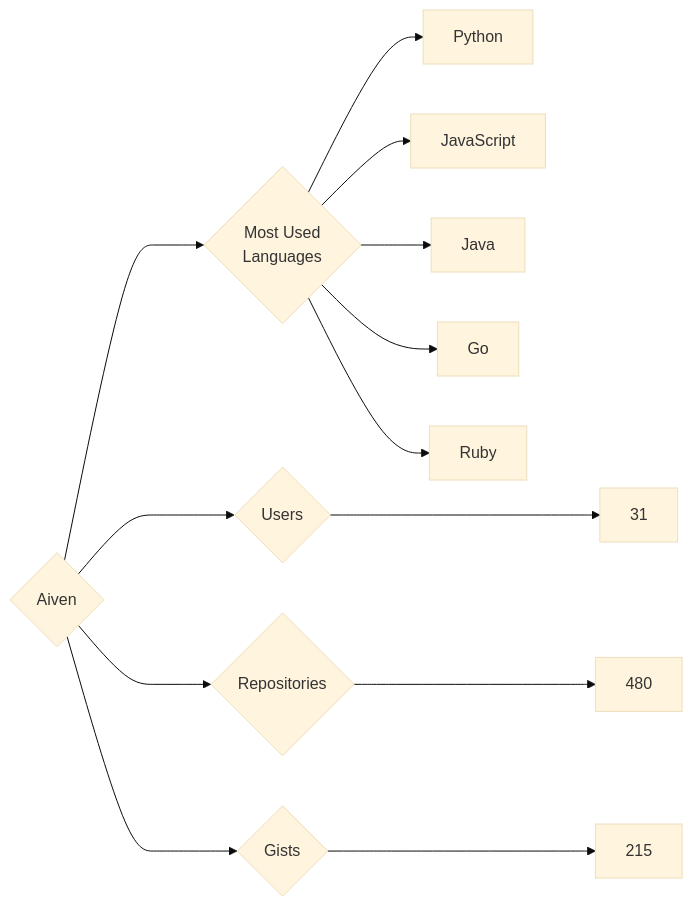
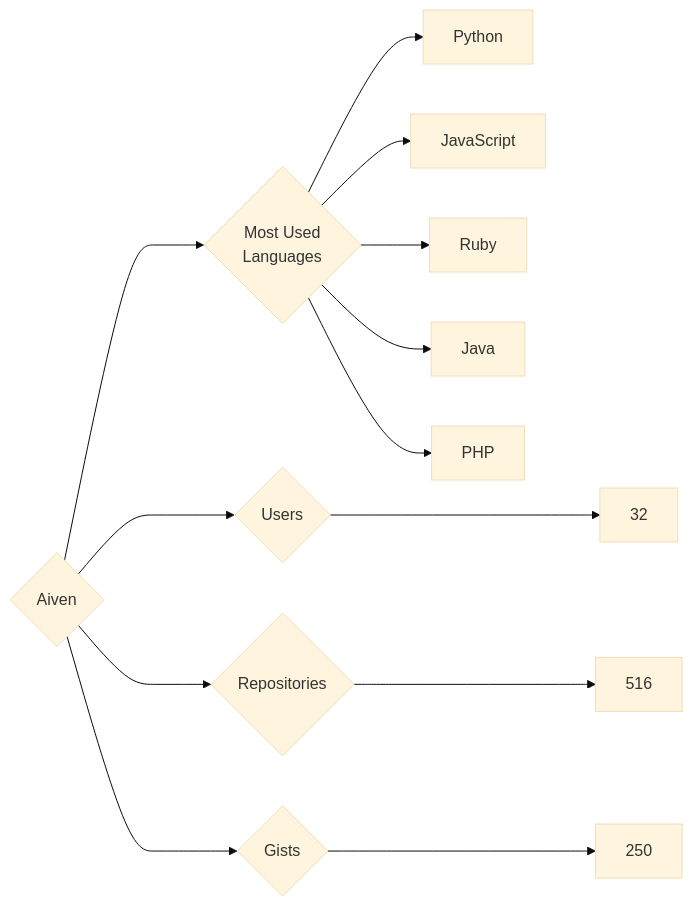
Before and after one commit to trickest/insiders: the diagram in targets/Aiven/README.md, drawn with Mermaid (base theme). The commit also changed 699 other files, not shown here.

````diff
--- a/targets/Aiven/README.md
+++ b/targets/Aiven/README.md
@@ -3,13 +3,13 @@
 ```mermaid
 graph LR
 COMPANY_NAME{Aiven}
-COMPANY_NAME ---> U{Users} ---> UN[31]
-COMPANY_NAME ---> R{Repositories} ---> RN[480]
-COMPANY_NAME ---> G{Gists} ---> GN[215]
+COMPANY_NAME ---> U{Users} ---> UN[32]
+COMPANY_NAME ---> R{Repositories} ---> RN[516]
+COMPANY_NAME ---> G{Gists} ---> GN[250]
 COMPANY_NAME ---> ML{Most Used<br>Languages}
 ML --> Python[Python]
 ML --> JavaScript[JavaScript]
+ML --> Ruby[Ruby]
 ML --> Java[Java]
-ML --> Go[Go]
-ML --> Ruby[Ruby]
+ML --> PHP[PHP]
 ```
````
